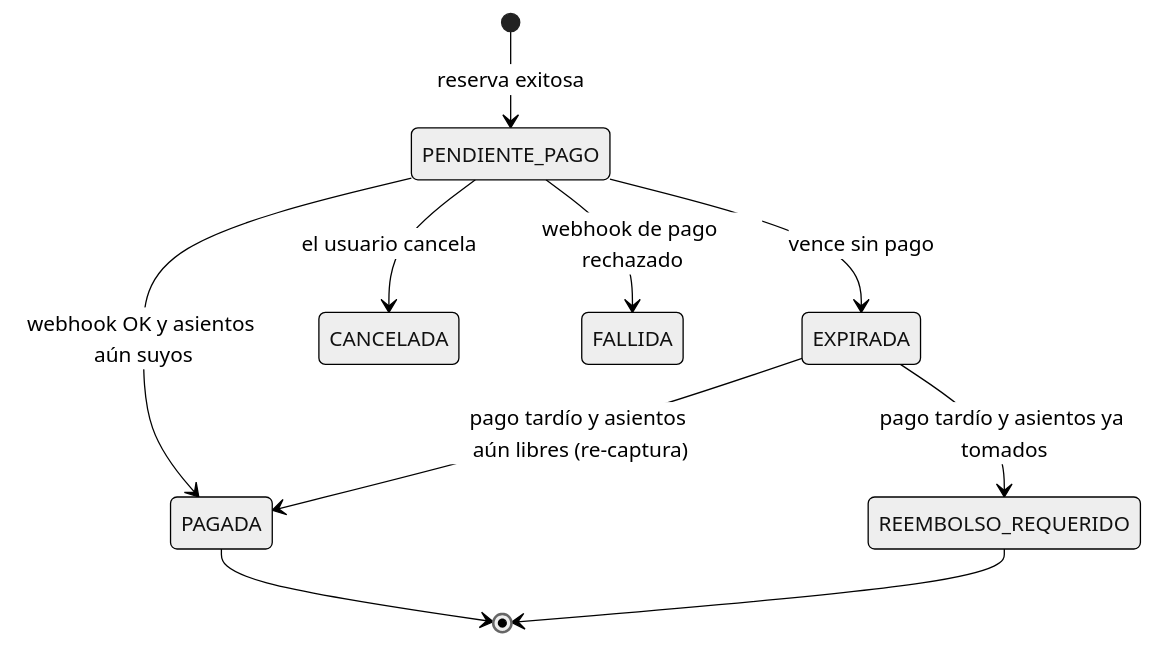
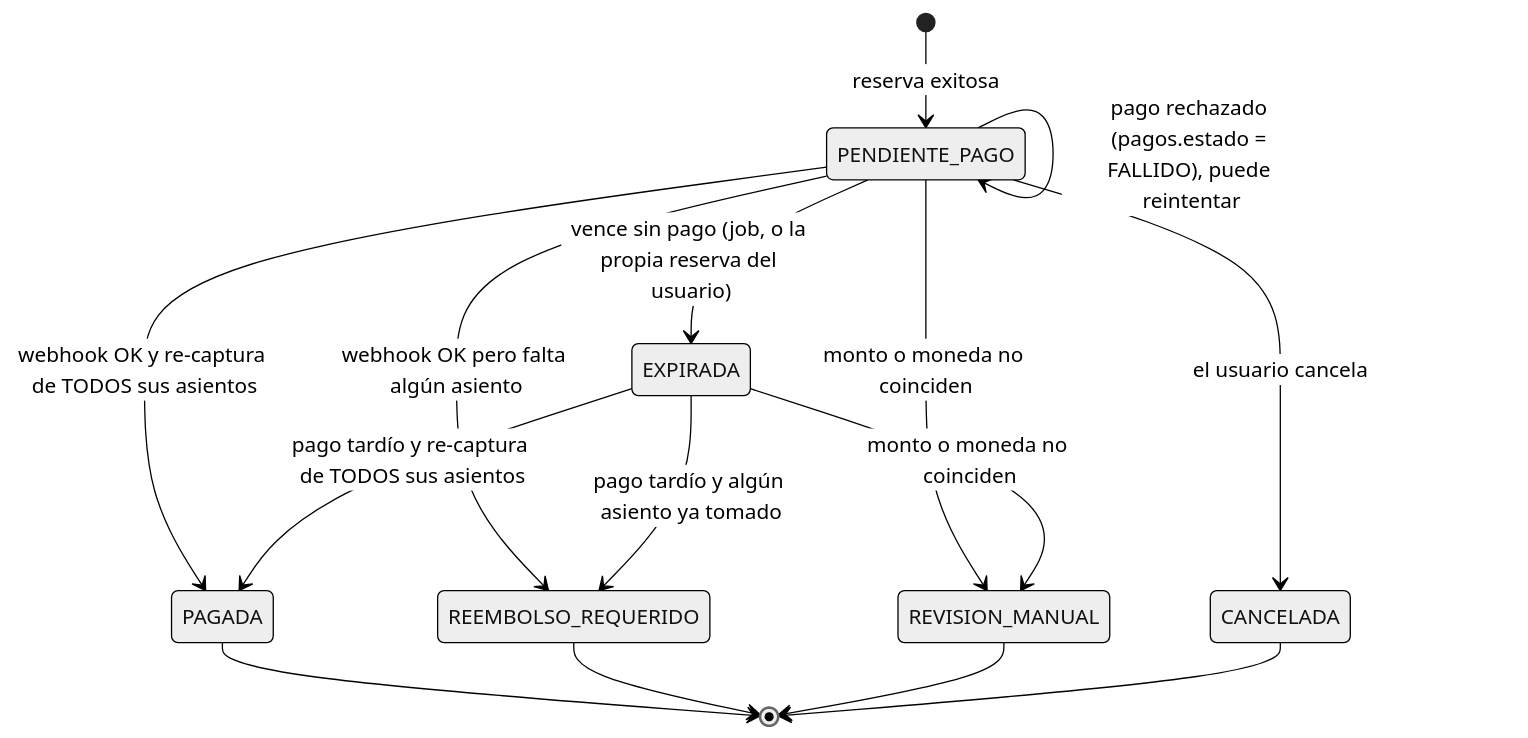
One commit to oliver-franz123/ticketing-app changed the second of 4 diagrams in Sistemas_Distribuidos/docs/04-concurrencia-y-doble-compra.md. Above: the diagram before and after it, drawn with Mermaid (neutral theme). The commit also changed other lines of this file and 17 other files, not shown here.

````diff
--- a/Sistemas_Distribuidos/docs/04-concurrencia-y-doble-compra.md
+++ b/Sistemas_Distribuidos/docs/04-concurrencia-y-doble-compra.md
@@ -30,12 +31,17 @@
 ```mermaid
 stateDiagram-v2
     [*] --> PENDIENTE_PAGO: reserva exitosa
-    PENDIENTE_PAGO --> PAGADA: webhook OK y asientos aún suyos
-    PENDIENTE_PAGO --> EXPIRADA: vence sin pago
+    PENDIENTE_PAGO --> PAGADA: webhook OK y re-captura de TODOS sus asientos
+    PENDIENTE_PAGO --> PENDIENTE_PAGO: pago rechazado (pagos.estado = FALLIDO), puede reintentar
+    PENDIENTE_PAGO --> EXPIRADA: vence sin pago (job, o la propia reserva del usuario)
     PENDIENTE_PAGO --> CANCELADA: el usuario cancela
-    PENDIENTE_PAGO --> FALLIDA: webhook de pago rechazado
-    EXPIRADA --> PAGADA: pago tardío y asientos aún libres (re-captura)
-    EXPIRADA --> REEMBOLSO_REQUERIDO: pago tardío y asientos ya tomados
+    PENDIENTE_PAGO --> REEMBOLSO_REQUERIDO: webhook OK pero falta algún asiento
+    PENDIENTE_PAGO --> REVISION_MANUAL: monto o moneda no coinciden
+    EXPIRADA --> PAGADA: pago tardío y re-captura de TODOS sus asientos
+    EXPIRADA --> REEMBOLSO_REQUERIDO: pago tardío y algún asiento ya tomado
+    EXPIRADA --> REVISION_MANUAL: monto o moneda no coinciden
     PAGADA --> [*]
     REEMBOLSO_REQUERIDO --> [*]
+    REVISION_MANUAL --> [*]
+    CANCELADA --> [*]
 ```
````
